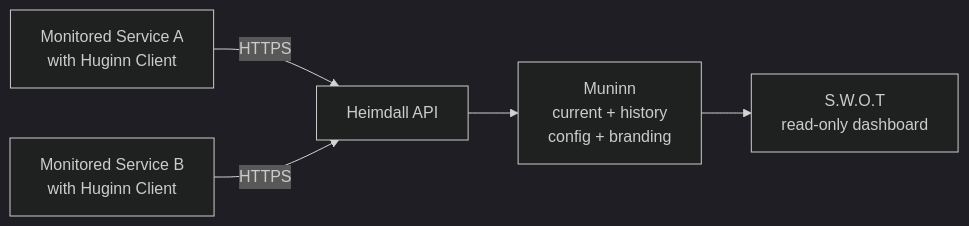
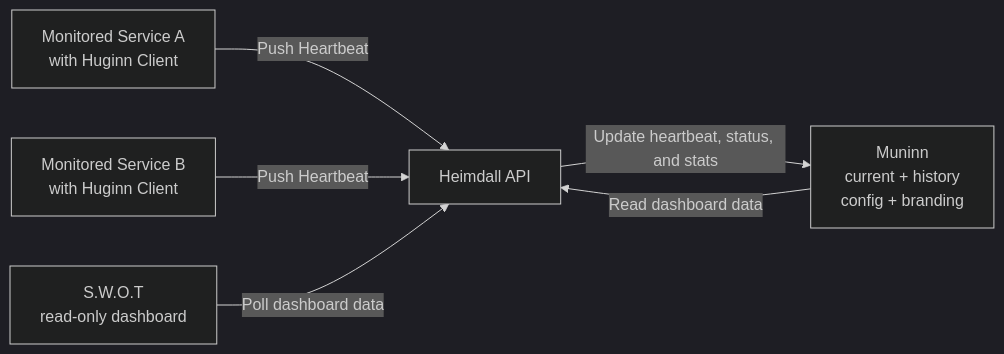
The diagram in docs/architecture.md (DPlumm/Heimdall), drawn with Mermaid (dark theme) before and after one commit.

Commit message:
docs: update logical flow in architecture mermaid diagram

````diff
--- a/docs/architecture.md
+++ b/docs/architecture.md
@@ -75,7 +75,8 @@
 ```mermaid
 flowchart LR
-    A[Monitored Service A<br/>with Huginn Client] -->|HTTPS| B[Heimdall API]
-    C[Monitored Service B<br/>with Huginn Client] -->|HTTPS| B
-    B --> D[Muninn<br/>current + history<br/>config + branding]
-    D --> E[S.W.O.T<br/>read-only dashboard]
+    A[Monitored Service A<br/>with Huginn Client] -->|Push Heartbeat| B[Heimdall API]
+    C[Monitored Service B<br/>with Huginn Client] -->|Push Heartbeat| B
+    B -->|Update heartbeat, status, and stats| D[Muninn<br/>current + history<br/>config + branding]
+    D -->|Read dashboard data| B
+    E[S.W.O.T<br/>read-only dashboard] -->|Poll dashboard data| B
 ```
````
